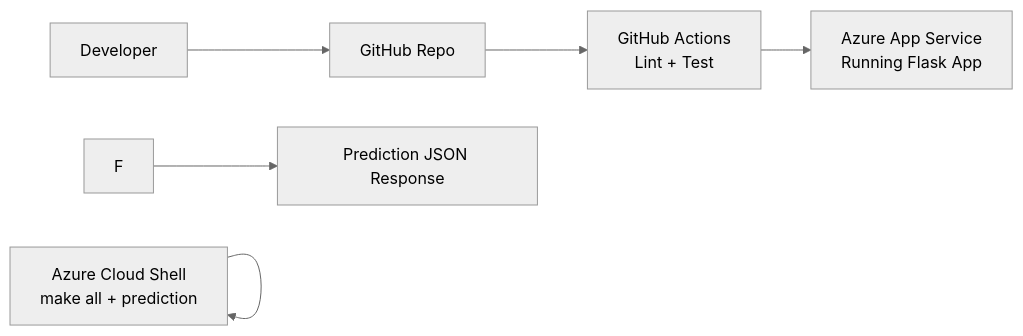
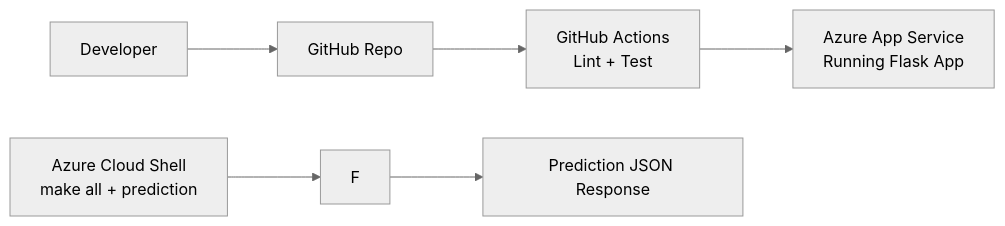
Before and after one commit to sbc1133/azure-devops-project-udacity: the diagram in README.md, drawn with Mermaid (neutral theme).

````diff
--- a/README.md
+++ b/README.md
@@ -39,18 +39,18 @@
 ```mermaid
 flowchart LR
     A[Developer] --> B[GitHub Repo]
 
     %% CI
     B --> C[GitHub Actions<br/>Lint + Test]
 
     %% CD
     C --> D[Azure DevOps Pipeline<br/>]
 
     %% Runtime
     D[Azure App Service<br/>Running Flask App]
 
     %% Testing
-    E[Azure Cloud Shell<br/>make all + prediction] --> E
+    E[Azure Cloud Shell<br/>make all + prediction] --> F
     F --> G[Prediction JSON Response]
 
 ```
````
